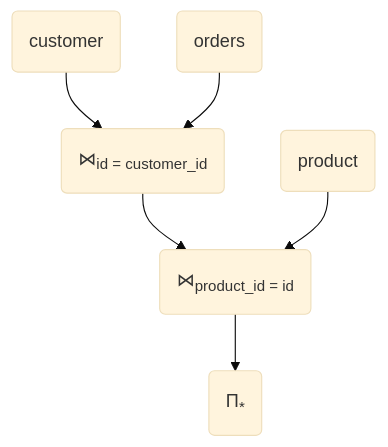
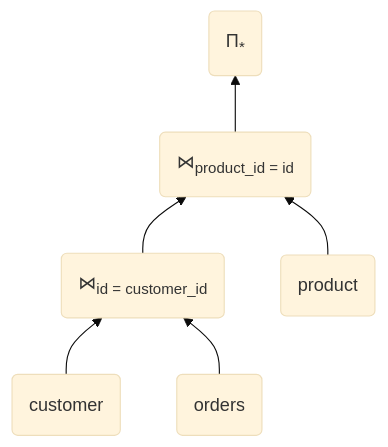
Before and after one commit to leftshift/query-planner-talk: the seventh of 7 diagrams in slides.md, drawn with Mermaid (base theme). The commit also changed other lines of this file, not shown here.

````diff
--- a/slides.md
+++ b/slides.md
@@ -331,9 +360,9 @@
 ```mermaid
-flowchart TB
+flowchart BT
     tb1(customer) --> j1
     tb2(orders) --> j1
     j1("⋈<sub>id = customer_id</sub>") --> j2
     tb3(product) --> j2
     j2("⋈<sub>product_id = id</sub>") --> pr
     pr(Π<sub>*</sub>)
 ```
````
